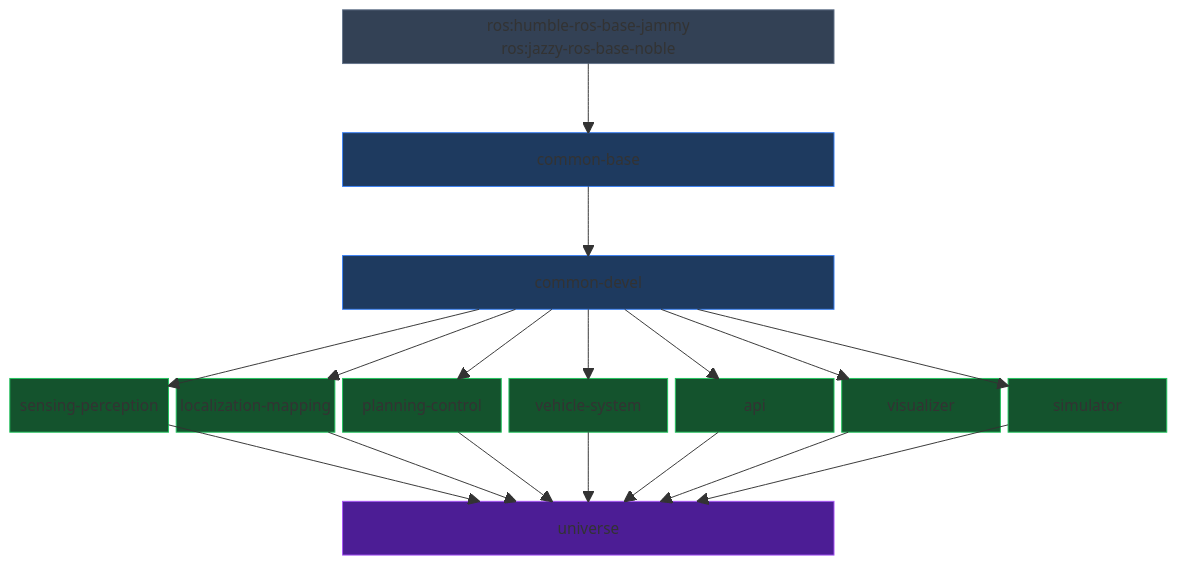
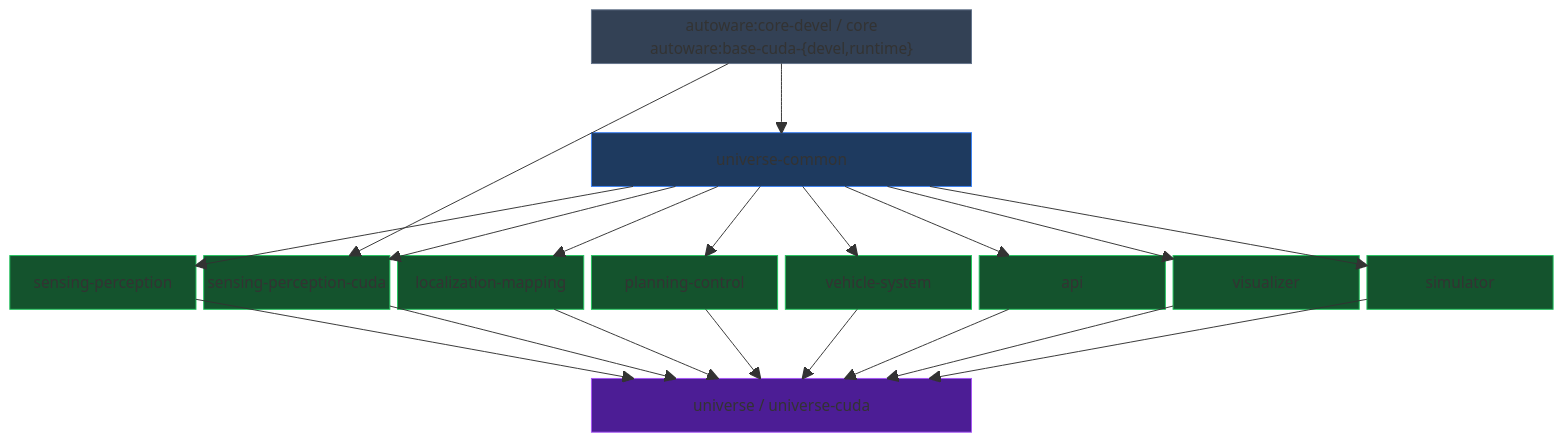
Before and after one commit to youtalk/openadkit: the diagram in components/README.md, drawn with Mermaid. The commit also changed other lines of this file and 18 other files, not shown here.

First line of the commit message:
refactor(components): adopt universe-common Dockerfiles on upstream bases

````diff
--- a/components/README.md
+++ b/components/README.md
@@ -9,51 +12,49 @@
 ```mermaid
 block-beta
-    columns 7
+    columns 8
 
-    space:2 ROS["ros:humble-ros-base-jammy<br/>ros:jazzy-ros-base-noble"]:3 space:2
+    space:3 UP["autoware:core-devel / core<br/>autoware:base-cuda-{devel,runtime}"]:2 space:3
 
-    space:7
+    space:8
 
-    space:2 CB["common-base"]:3 space:2
+    space:3 UC["universe-common"]:2 space:3
 
-    space:7
+    space:8
 
-    space:2 CD["common-devel"]:3 space:2
+    SP["sensing-perception"] SPC["sensing-perception-cuda"] LM["localization-mapping"] PC["planning-control"] VS["vehicle-system"] API["api"] VIZ["visualizer"] SIM["simulator"]
 
-    space:7
+    space:8
 
-    SP["sensing-perception"] LM["localization-mapping"] PC["planning-control"] VS["vehicle-system"] API["api"] VIZ["visualizer"] SIM["simulator"]
+    space:3 UNI["universe / universe-cuda"]:2 space:3
 
-    space:7
-
-    space:2 UNI["universe"]:3 space:2
-
-    ROS --> CB
-    CB --> CD
-    CD --> SP
-    CD --> LM
-    CD --> PC
-    CD --> VS
-    CD --> API
-    CD --> VIZ
-    CD --> SIM
+    UP --> UC
+    UC --> SP
+    UC --> LM
+    UC --> PC
+    UC --> VS
+    UC --> API
+    UC --> VIZ
+    UC --> SIM
+    UP --> SPC
+    UC --> SPC
     SP --> UNI
+    SPC --> UNI
     LM --> UNI
     PC --> UNI
     VS --> UNI
     API --> UNI
     VIZ --> UNI
     SIM --> UNI
 
-    style ROS fill:#334155,stroke:#64748b,color:#e2e8f0
-    style CB fill:#1e3a5f,stroke:#3b82f6,color:#bfdbfe
-    style CD fill:#1e3a5f,stroke:#3b82f6,color:#bfdbfe
+    style UP fill:#334155,stroke:#64748b,color:#e2e8f0
+    style UC fill:#1e3a5f,stroke:#3b82f6,color:#bfdbfe
     style SP fill:#14532d,stroke:#22c55e,color:#bbf7d0
+    style SPC fill:#14532d,stroke:#22c55e,color:#bbf7d0
     style LM fill:#14532d,stroke:#22c55e,color:#bbf7d0
     style PC fill:#14532d,stroke:#22c55e,color:#bbf7d0
     style VS fill:#14532d,stroke:#22c55e,color:#bbf7d0
     style API fill:#14532d,stroke:#22c55e,color:#bbf7d0
     style VIZ fill:#14532d,stroke:#22c55e,color:#bbf7d0
     style SIM fill:#14532d,stroke:#22c55e,color:#bbf7d0
     style UNI fill:#4c1d95,stroke:#a855f7,color:#e9d5ff
 ```
````
